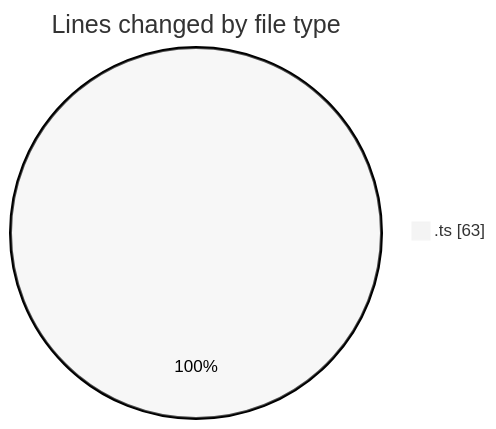
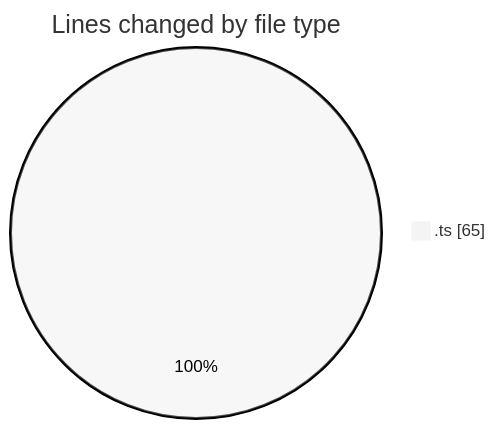
Before and after one commit to mevix1/code-tracking: the first of 2 diagrams in 2025-10-01/oura-api/README.md, drawn with Mermaid (neutral theme). The commit also changed other lines of this file and 1 other file, not shown here.

````diff
--- a/2025-10-01/oura-api/README.md
+++ b/2025-10-01/oura-api/README.md
@@ -20,5 +20,5 @@
 ```mermaid
 pie showData
 title Lines changed by file type
-".ts" : 63
+".ts" : 65
 ```
````
